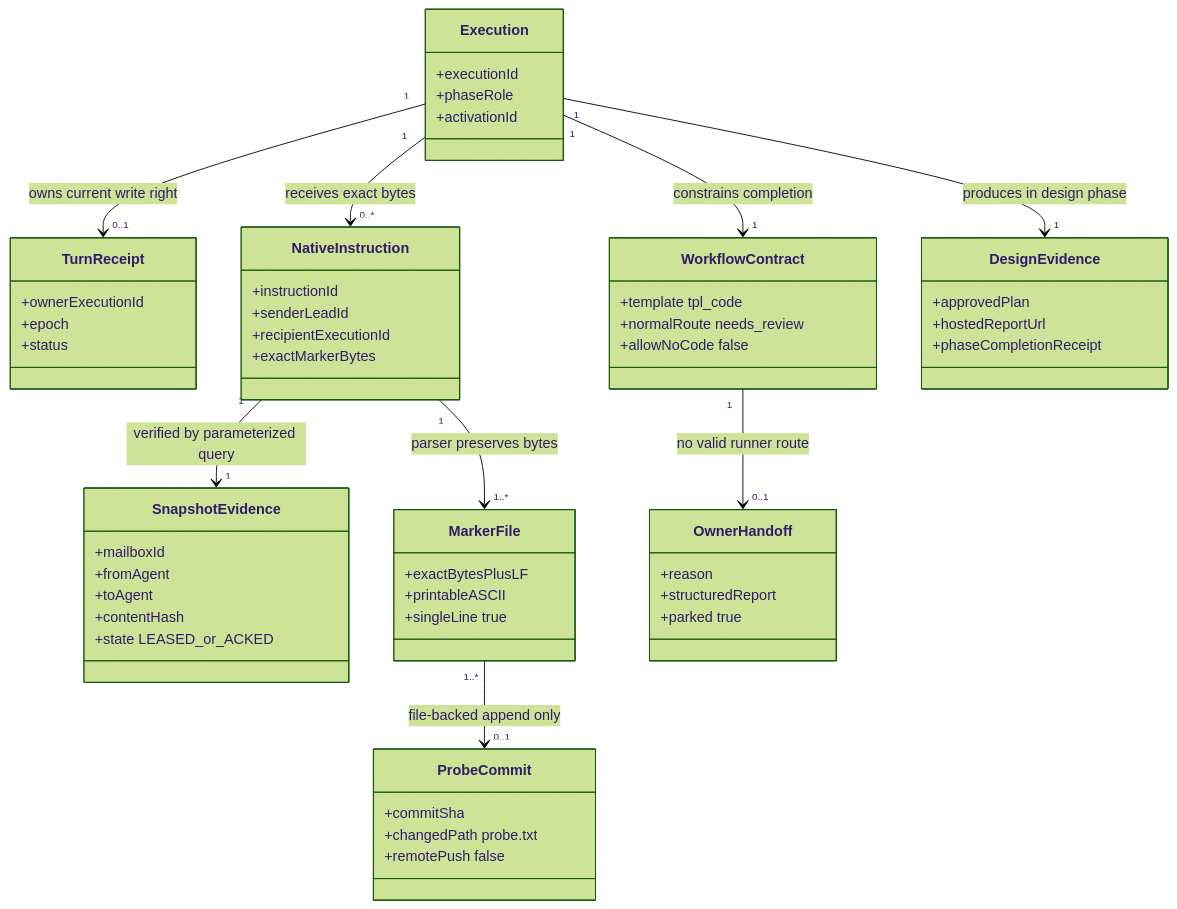
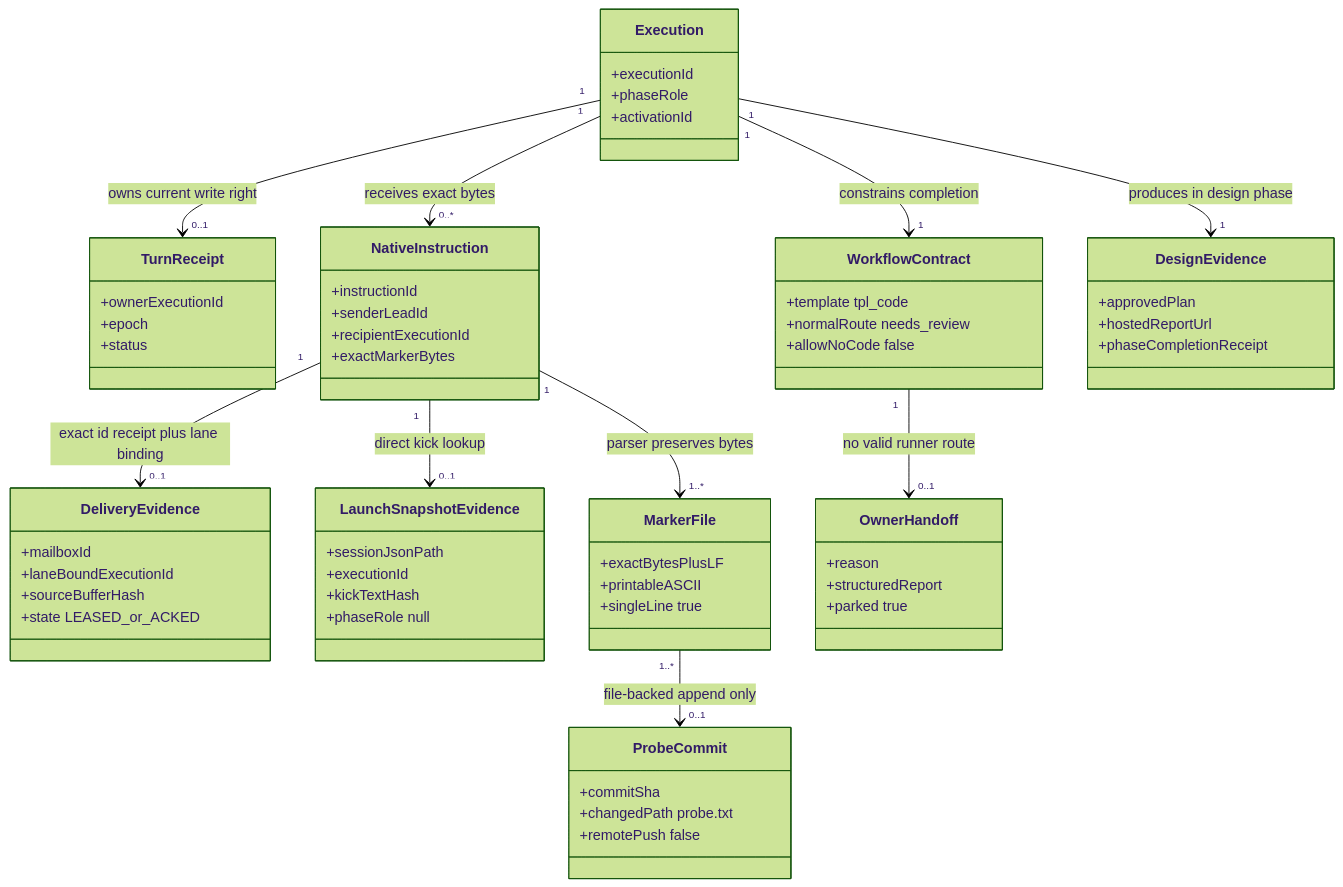
One commit to xrliAnnie/flywheel-qa-sandbox changed the diagram in engineering/doc/FLY-3125-native-transport-canary/data-model.mmd. Above: the diagram before and after it, drawn with Mermaid (forest theme). The commit also changed 6 other files, not shown here.

```diff
--- a/engineering/doc/FLY-3125-native-transport-canary/data-model.mmd
+++ b/engineering/doc/FLY-3125-native-transport-canary/data-model.mmd
@@ -1,58 +1,64 @@
 classDiagram
     class Execution {
       +executionId
       +phaseRole
       +activationId
     }
     class TurnReceipt {
       +ownerExecutionId
       +epoch
       +status
     }
     class NativeInstruction {
       +instructionId
       +senderLeadId
       +recipientExecutionId
       +exactMarkerBytes
     }
-    class SnapshotEvidence {
+    class DeliveryEvidence {
       +mailboxId
-      +fromAgent
-      +toAgent
-      +contentHash
+      +laneBoundExecutionId
+      +sourceBufferHash
       +state LEASED_or_ACKED
+    }
+    class LaunchSnapshotEvidence {
+      +sessionJsonPath
+      +executionId
+      +kickTextHash
+      +phaseRole null
     }
     class MarkerFile {
       +exactBytesPlusLF
       +printableASCII
       +singleLine true
     }
     class ProbeCommit {
       +commitSha
       +changedPath probe.txt
       +remotePush false
     }
     class WorkflowContract {
       +template tpl_code
       +normalRoute needs_review
       +allowNoCode false
     }
     class OwnerHandoff {
       +reason
       +structuredReport
       +parked true
     }
     class DesignEvidence {
       +approvedPlan
       +hostedReportUrl
       +phaseCompletionReceipt
     }
 
     Execution "1" --> "0..1" TurnReceipt : owns current write right
     Execution "1" --> "0..*" NativeInstruction : receives exact bytes
-    NativeInstruction "1" --> "1" SnapshotEvidence : verified by parameterized query
+    NativeInstruction "1" --> "0..1" DeliveryEvidence : exact id receipt plus lane binding
+    NativeInstruction "1" --> "0..1" LaunchSnapshotEvidence : direct kick lookup
     NativeInstruction "1" --> "1..*" MarkerFile : parser preserves bytes
     MarkerFile "1..*" --> "0..1" ProbeCommit : file-backed append only
     Execution "1" --> "1" WorkflowContract : constrains completion
     WorkflowContract "1" --> "0..1" OwnerHandoff : no valid runner route
     Execution "1" --> "1" DesignEvidence : produces in design phase
```
